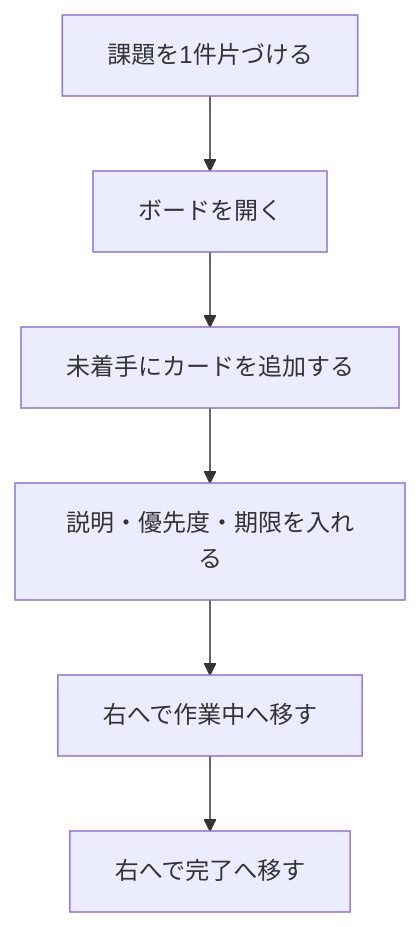
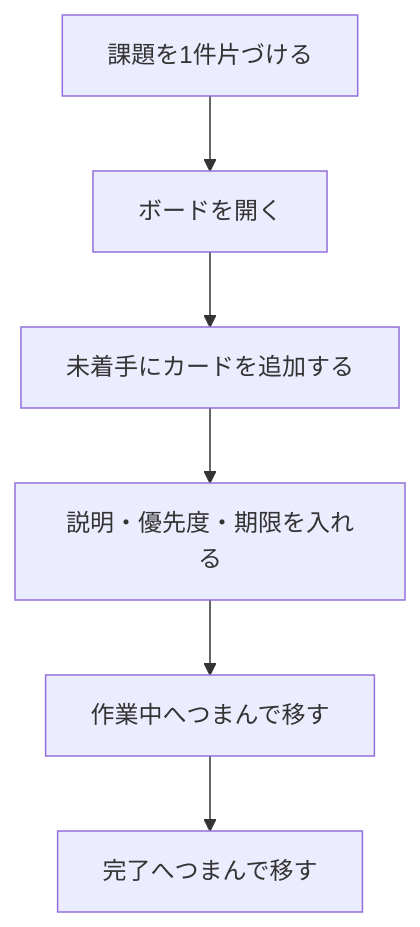
Before and after one commit to pfgnsb/kadai-kanri-board: the first of 7 diagrams in ドキュメント/機能要件定義書.md, drawn with Mermaid. The commit also changed other lines of this file and 21 other files, not shown here.

````diff
--- a/ドキュメント/機能要件定義書.md
+++ b/ドキュメント/機能要件定義書.md
@@ -138,8 +138,8 @@
 ```mermaid
 flowchart TD
   start[課題を1件片づける] --> open[ボードを開く]
   open --> add[未着手にカードを追加する]
   add --> edit[説明・優先度・期限を入れる]
-  edit --> work[右へで作業中へ移す]
-  work --> done[右へで完了へ移す]
+  edit --> work[作業中へつまんで移す]
+  work --> done[完了へつまんで移す]
 ```
````
